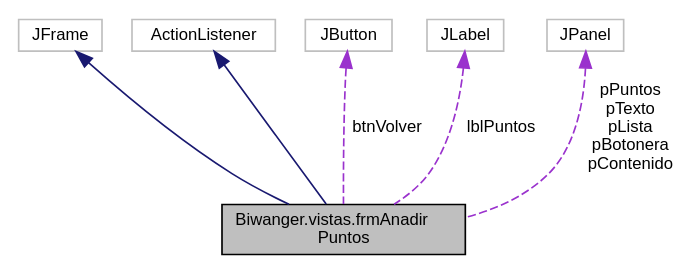
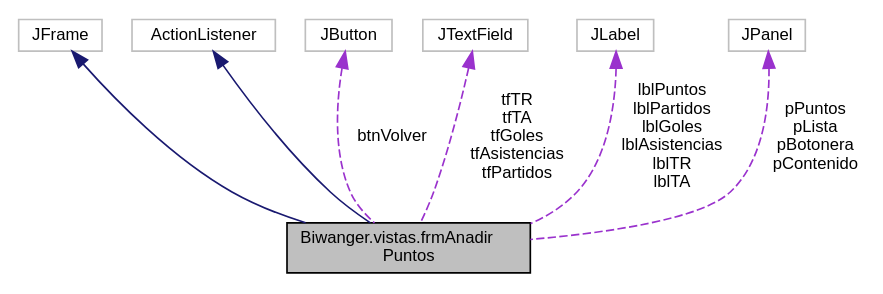
Before and after one commit to nagorecb/BiwangerCliente: the diagram in docs/class_biwanger_1_1vistas_1_1frm_anadir_puntos__coll__graph.dot, drawn with Graphviz. The commit also changed 145 other files, not shown here.

```diff
--- a/docs/class_biwanger_1_1vistas_1_1frm_anadir_puntos__coll__graph.dot
+++ b/docs/class_biwanger_1_1vistas_1_1frm_anadir_puntos__coll__graph.dot
@@ -1,17 +1,19 @@
 digraph "Biwanger.vistas.frmAnadirPuntos"
 {
  // LATEX_PDF_SIZE
   edge [fontname="Helvetica",fontsize="10",labelfontname="Helvetica",labelfontsize="10"];
   node [fontname="Helvetica",fontsize="10",shape=record];
   Node1 [label="Biwanger.vistas.frmAnadir\lPuntos",height=0.2,width=0.4,color="black", fillcolor="grey75", style="filled", fontcolor="black",tooltip=" "];
   Node2 -> Node1 [dir="back",color="midnightblue",fontsize="10",style="solid",fontname="Helvetica"];
   Node2 [label="JFrame",height=0.2,width=0.4,color="grey75", fillcolor="white", style="filled",tooltip=" "];
   Node3 -> Node1 [dir="back",color="midnightblue",fontsize="10",style="solid",fontname="Helvetica"];
   Node3 [label="ActionListener",height=0.2,width=0.4,color="grey75", fillcolor="white", style="filled",tooltip=" "];
   Node4 -> Node1 [dir="back",color="darkorchid3",fontsize="10",style="dashed",label=" btnVolver" ,fontname="Helvetica"];
   Node4 [label="JButton",height=0.2,width=0.4,color="grey75", fillcolor="white", style="filled",tooltip=" "];
-  Node5 -> Node1 [dir="back",color="darkorchid3",fontsize="10",style="dashed",label=" lblPuntos" ,fontname="Helvetica"];
-  Node5 [label="JLabel",height=0.2,width=0.4,color="grey75", fillcolor="white", style="filled",tooltip=" "];
-  Node6 -> Node1 [dir="back",color="darkorchid3",fontsize="10",style="dashed",label=" pPuntos\npTexto\npLista\npBotonera\npContenido" ,fontname="Helvetica"];
-  Node6 [label="JPanel",height=0.2,width=0.4,color="grey75", fillcolor="white", style="filled",tooltip=" "];
+  Node5 -> Node1 [dir="back",color="darkorchid3",fontsize="10",style="dashed",label=" tfTR\ntfTA\ntfGoles\ntfAsistencias\ntfPartidos" ,fontname="Helvetica"];
+  Node5 [label="JTextField",height=0.2,width=0.4,color="grey75", fillcolor="white", style="filled",tooltip=" "];
+  Node6 -> Node1 [dir="back",color="darkorchid3",fontsize="10",style="dashed",label=" lblPuntos\nlblPartidos\nlblGoles\nlblAsistencias\nlblTR\nlblTA" ,fontname="Helvetica"];
+  Node6 [label="JLabel",height=0.2,width=0.4,color="grey75", fillcolor="white", style="filled",tooltip=" "];
+  Node7 -> Node1 [dir="back",color="darkorchid3",fontsize="10",style="dashed",label=" pPuntos\npLista\npBotonera\npContenido" ,fontname="Helvetica"];
+  Node7 [label="JPanel",height=0.2,width=0.4,color="grey75", fillcolor="white", style="filled",tooltip=" "];
 }
```
